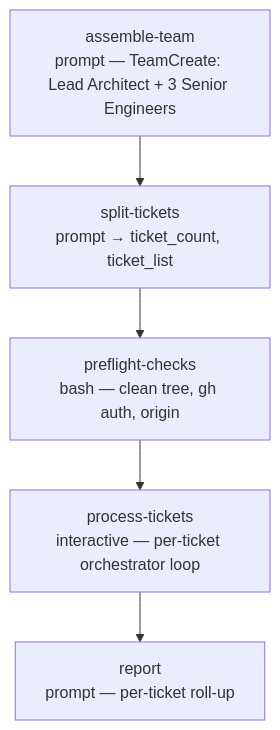
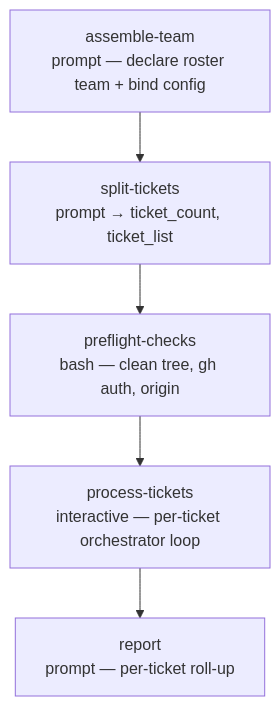
One commit to e1024kb/wise-claude changed the diagram in plugins/wise/workflows/ticket-auto/README.md. Above: the diagram before and after it, drawn with Mermaid. The commit also changed other lines of this file and 30 other files, not shown here.

````diff
--- a/plugins/wise/workflows/ticket-auto/README.md
+++ b/plugins/wise/workflows/ticket-auto/README.md
@@ -58,7 +61,7 @@
 ```mermaid
 flowchart TD
-    A[assemble-team<br/>prompt — TeamCreate: Lead Architect + 3 Senior Engineers] --> B[split-tickets<br/>prompt → ticket_count, ticket_list]
+    A[assemble-team<br/>prompt — declare roster team + bind config] --> B[split-tickets<br/>prompt → ticket_count, ticket_list]
     B --> C[preflight-checks<br/>bash — clean tree, gh auth, origin]
     C --> D[process-tickets<br/>interactive — per-ticket orchestrator loop]
     D --> E[report<br/>prompt — per-ticket roll-up]
 ```
````
